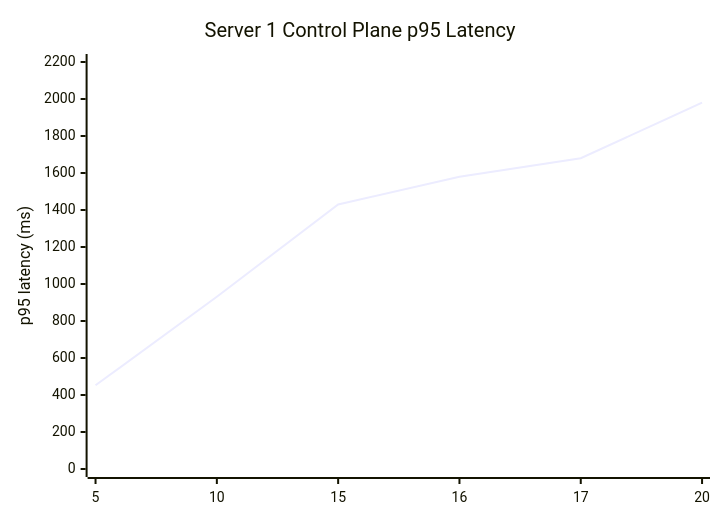
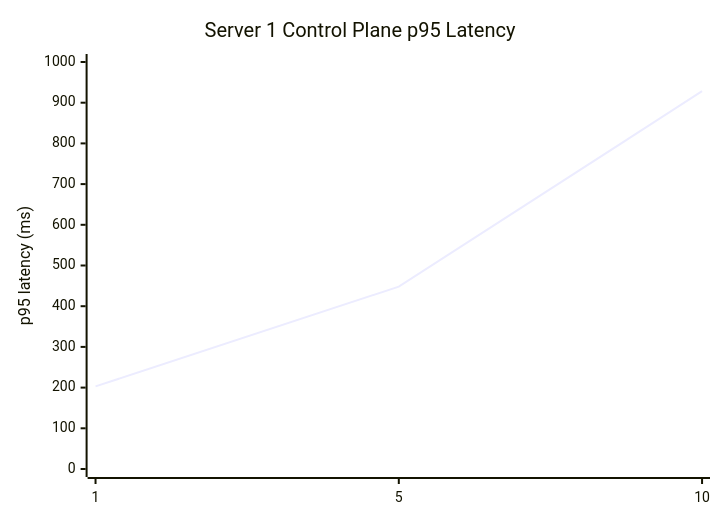
Before and after one commit to atenatiwosgetachew1-ET/Linkx-Backend_Beta_v1: the first of 4 diagrams in docs/server1_stress_visuals.md, drawn with Mermaid. The commit also changed other lines of this file and 1 other file, not shown here.

````diff
--- a/docs/server1_stress_visuals.md
+++ b/docs/server1_stress_visuals.md
@@ -20,7 +17,7 @@
 ```mermaid
 xychart-beta
     title "Server 1 Control Plane p95 Latency"
-    x-axis [5, 10, 15, 16, 17, 20]
-    y-axis "p95 latency (ms)" 0 --> 2200
-    line [452.43, 931.03, 1430, 1580, 1680, 1980]
+    x-axis [1, 5, 10]
+    y-axis "p95 latency (ms)" 0 --> 1000
+    line [202.93, 448.07, 928.24]
 ```
````
